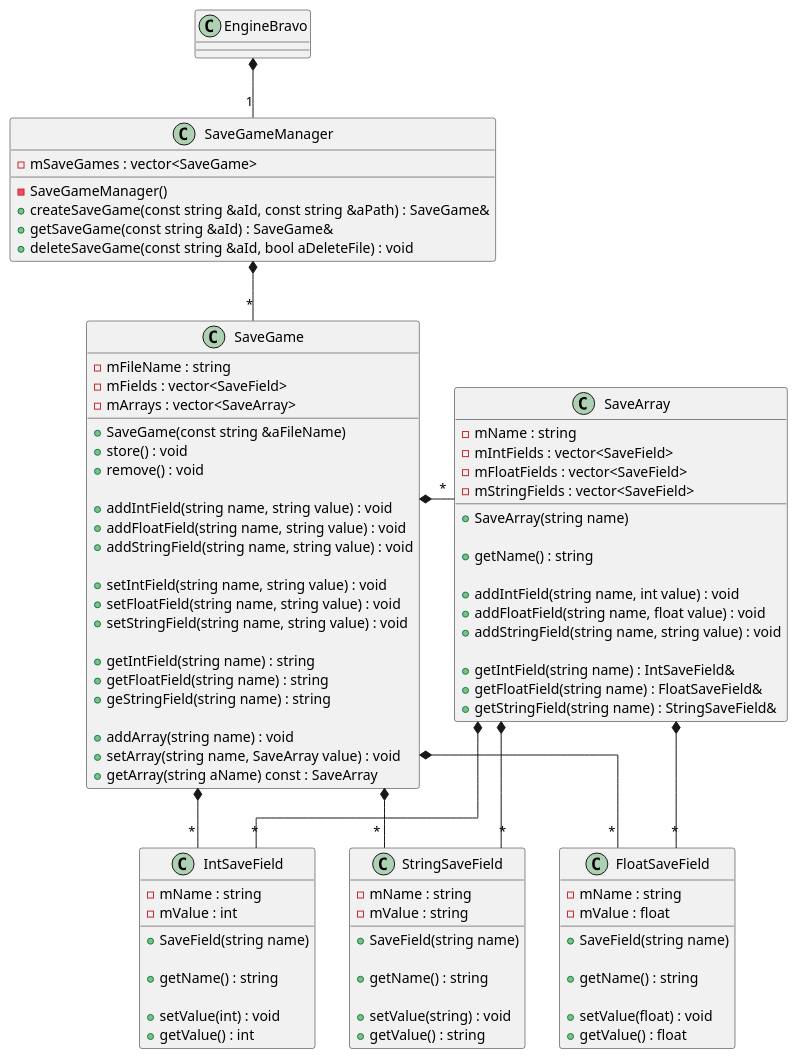
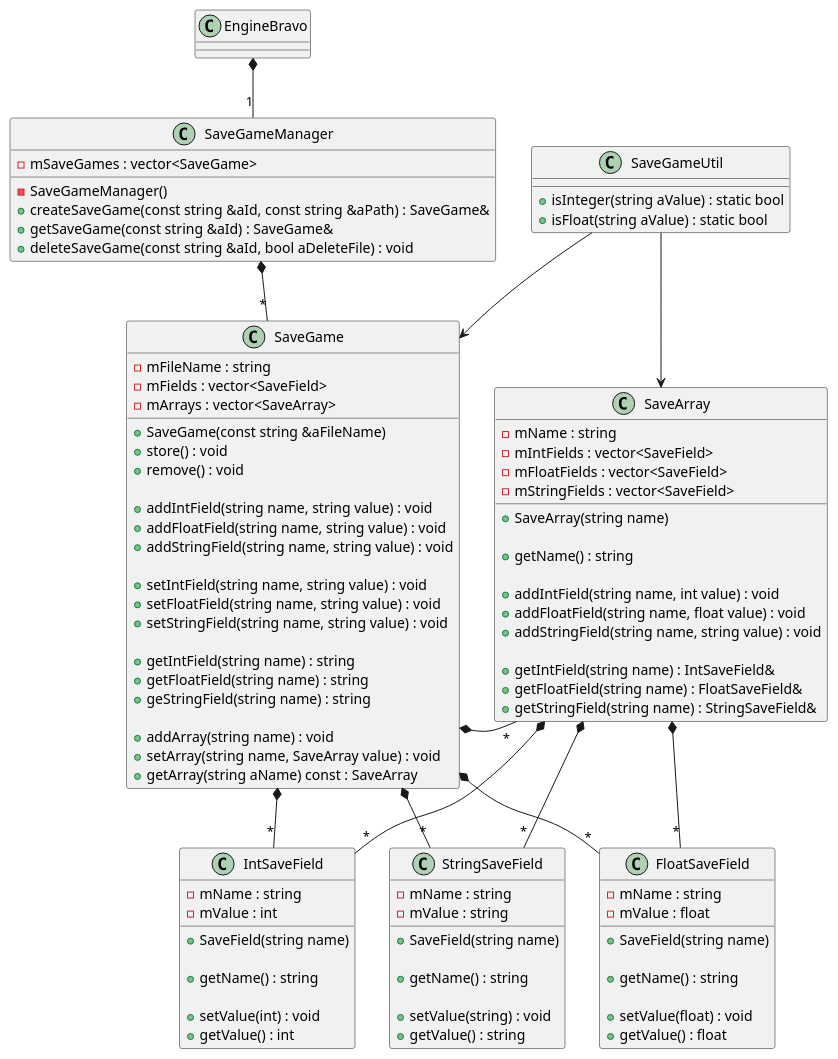
Before and after one commit to Seger01/GameEngine: the diagram in docs/Diagrams/savegame.puml, drawn with PlantUML. The commit also changed 1 other file, not shown here.

Commit message:
Updated savegame diagram

```diff
--- a/docs/Diagrams/savegame.puml
+++ b/docs/Diagrams/savegame.puml
@@ -1,112 +1,118 @@
 @startuml
-skinparam linetype ortho
 
 class EngineBravo {
 }
 
 class SaveGameManager {
   - mSaveGames : vector<SaveGame>
   - SaveGameManager()
   + createSaveGame(const string &aId, const string &aPath) : SaveGame&
   + getSaveGame(const string &aId) : SaveGame& 
   + deleteSaveGame(const string &aId, bool aDeleteFile) : void
 }
 
 class SaveGame {
   - mFileName : string
   - mFields : vector<SaveField>
   - mArrays : vector<SaveArray>
 
   + SaveGame(const string &aFileName)
   + store() : void
   + remove() : void
 
   + addIntField(string name, string value) : void
   + addFloatField(string name, string value) : void
   + addStringField(string name, string value) : void
 
   + setIntField(string name, string value) : void
   + setFloatField(string name, string value) : void
   + setStringField(string name, string value) : void
 
   + getIntField(string name) : string
   + getFloatField(string name) : string
   + geStringField(string name) : string
 
   + addArray(string name) : void
   + setArray(string name, SaveArray value) : void
   + getArray(string aName) const : SaveArray
+}
+
+class SaveGameUtil {
+  + isInteger(string aValue) : static bool
+  + isFloat(string aValue) : static bool
 }
 
 class SaveArray {
   - mName : string
   - mIntFields : vector<SaveField>
   - mFloatFields : vector<SaveField>
   - mStringFields : vector<SaveField>
 
   + SaveArray(string name)
 
   + getName() : string
 
   + addIntField(string name, int value) : void
   + addFloatField(string name, float value) : void
   + addStringField(string name, string value) : void
 
   + getIntField(string name) : IntSaveField&
   + getFloatField(string name) : FloatSaveField&
   + getStringField(string name) : StringSaveField&
 }
 
 together {
 class IntSaveField {
   - mName : string
   - mValue : int
 
   + SaveField(string name)
 
   + getName() : string
 
   + setValue(int) : void
   + getValue() : int
 }
 
 class FloatSaveField {
   - mName : string
   - mValue : float
 
   + SaveField(string name)
 
   + getName() : string
 
   + setValue(float) : void
   + getValue() : float
 }
 
 class StringSaveField {
   - mName : string
   - mValue : string
 
   + SaveField(string name)
 
   + getName() : string
 
   + setValue(string) : void
   + getValue() : string
 }
 }
 
 
 EngineBravo *--"1" SaveGameManager
 
 SaveGameManager *--"*" SaveGame
 
+SaveGame <-left- SaveGameUtil
 SaveGame *--"*" SaveArray
 SaveGame -[hidden]> SaveArray
 SaveGame *--"*" IntSaveField
 SaveGame *--"*" FloatSaveField
 SaveGame *--"*" StringSaveField
 
+SaveArray <-up- SaveGameUtil
 SaveArray *--"*" IntSaveField
 SaveArray *--"*" FloatSaveField
 SaveArray *--"*" StringSaveField
 @enduml
```
